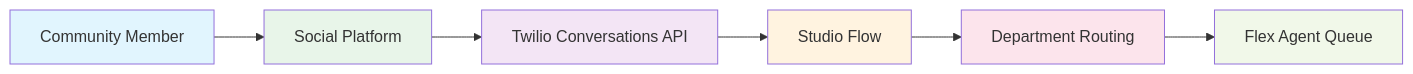
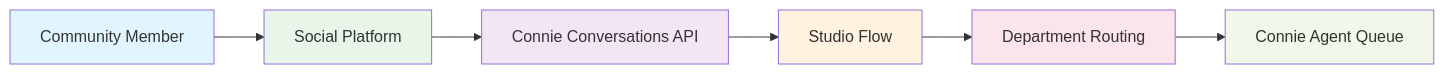
Before and after one commit to ConnieML/docs.connie: the first of 2 diagrams in docs/end-users/administrators/channels/social-media/index.md, drawn with Mermaid. The commit also changed other lines of this file and 2 other files, not shown here.

First line of the commit message:
docs: Rebrand Flex/Twilio references to Connie across social media guides

````diff
--- a/docs/end-users/administrators/channels/social-media/index.md
+++ b/docs/end-users/administrators/channels/social-media/index.md
@@ -13,15 +13,15 @@
 ```mermaid
 flowchart LR
     A[Community Member] --> B[Social Platform]
-    B --> C[Twilio Conversations API]
+    B --> C[Connie Conversations API]
     C --> D[Studio Flow]
     D --> E[Department Routing]
-    E --> F[Flex Agent Queue]
+    E --> F[Connie Agent Queue]
 
     style A fill:#e1f5fe
     style B fill:#e8f5e9
     style C fill:#f3e5f5
     style D fill:#fff3e0
     style E fill:#fce4ec
     style F fill:#f1f8e9
 ```
````
